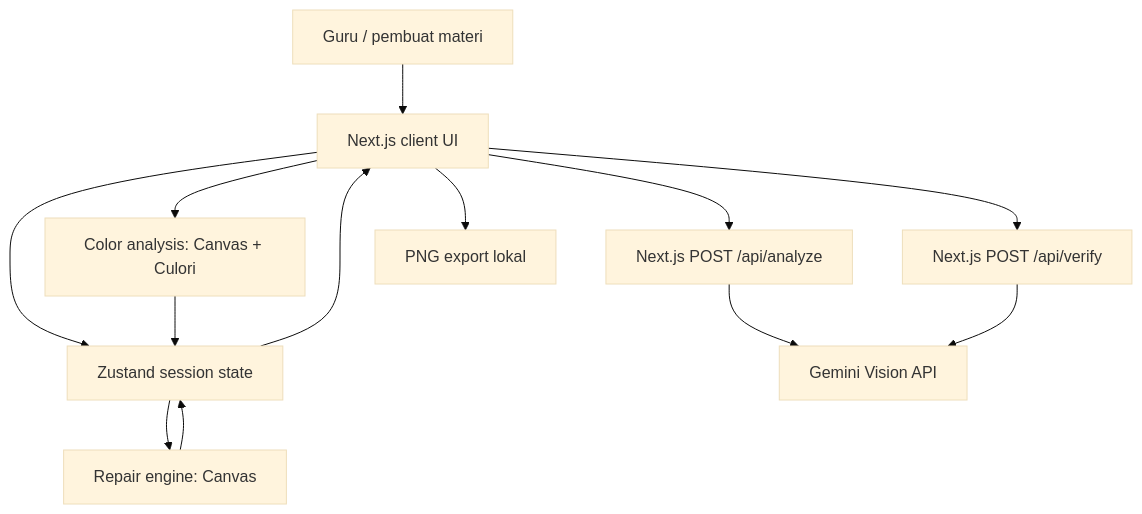
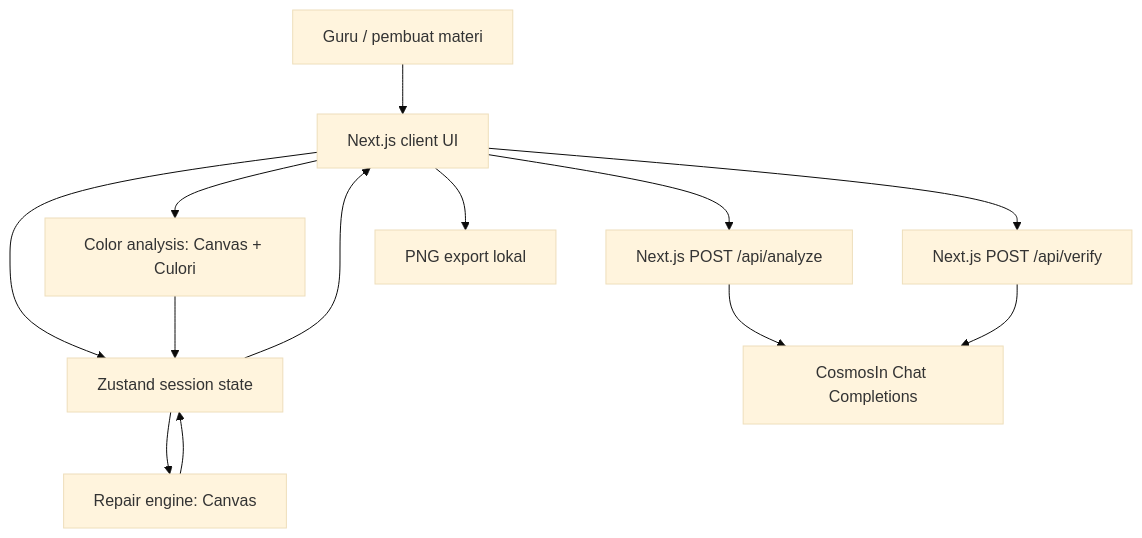
Before and after one commit to ricoaldy-e/warnaajar: the second of 2 diagrams in PRD.md, drawn with Mermaid (base theme). The commit also changed other lines of this file and 5 other files, not shown here.

````diff
--- a/PRD.md
+++ b/PRD.md
@@ -304,15 +316,15 @@
 ```mermaid
 flowchart TD
     U[Guru / pembuat materi] --> UI[Next.js client UI]
     UI --> S[Zustand session state]
     UI --> C[Color analysis: Canvas + Culori]
     C --> S
     S --> R[Repair engine: Canvas]
     R --> S
     S --> UI
     UI --> A[Next.js POST /api/analyze]
     UI --> V[Next.js POST /api/verify]
-    A --> G[Gemini Vision API]
+    A --> G[CosmosIn Chat Completions]
     V --> G
     UI --> E[PNG export lokal]
 ```
````
